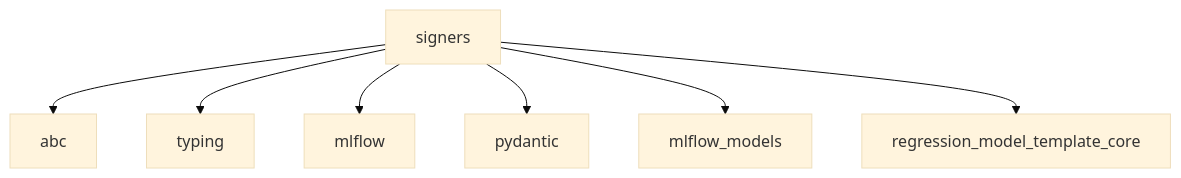
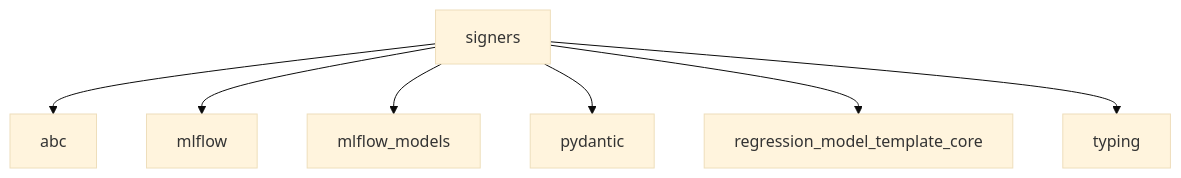
The second of 2 diagrams in wiki/signers.md (lgcorzo/mlops-python-package), drawn with Mermaid (base theme) before and after one commit. The commit also changed other lines of this file and 31 other files, not shown here.

````diff
--- a/wiki/signers.md
+++ b/wiki/signers.md
@@ -29,9 +29,10 @@
 ```mermaid
 flowchart TD
+
     signers --> abc
+    signers --> mlflow
+    signers --> mlflow_models
+    signers --> pydantic
+    signers --> regression_model_template_core
     signers --> typing
-    signers --> mlflow
-    signers --> pydantic
-    signers --> mlflow_models
-    signers --> regression_model_template_core
 ```
````
